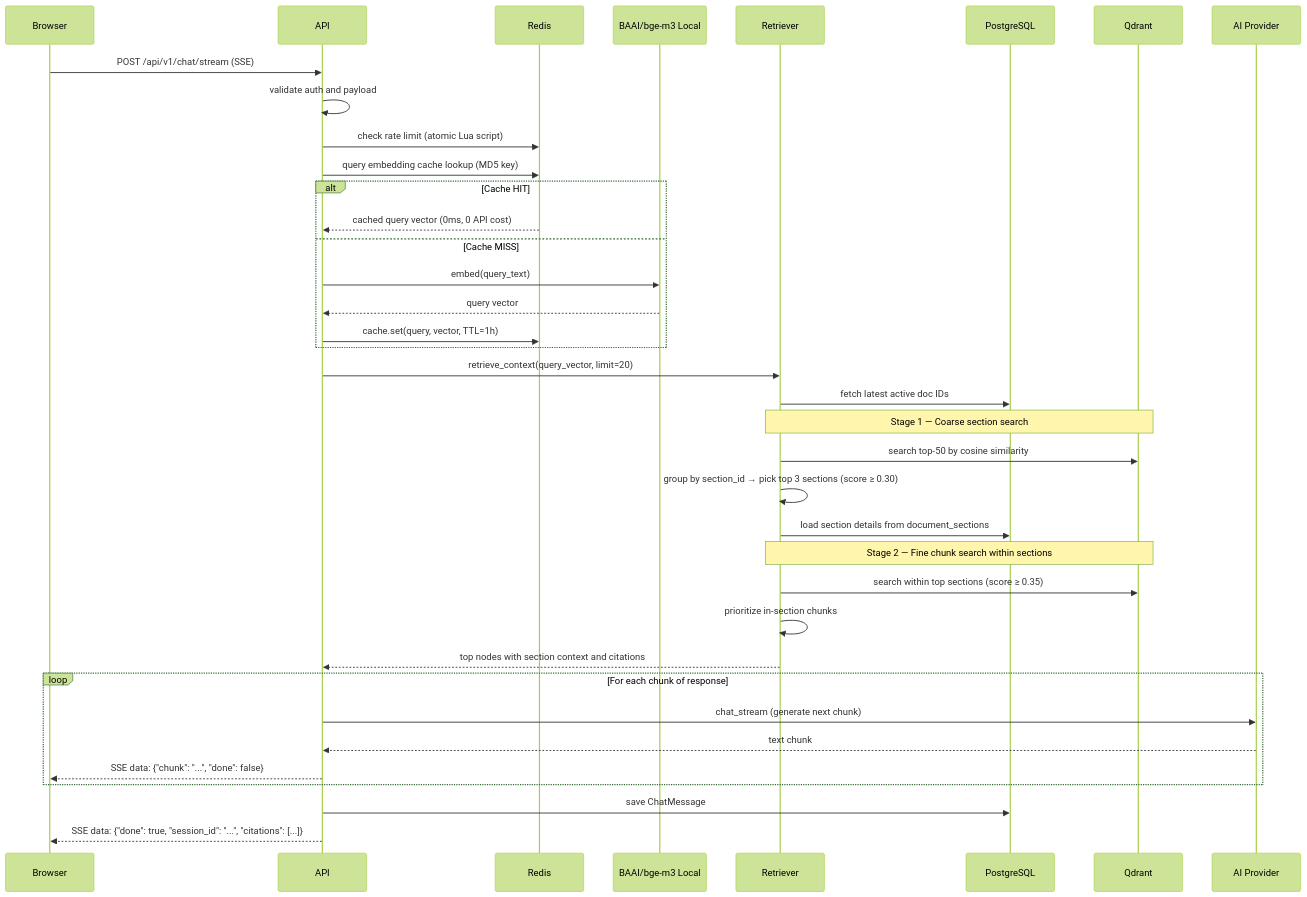
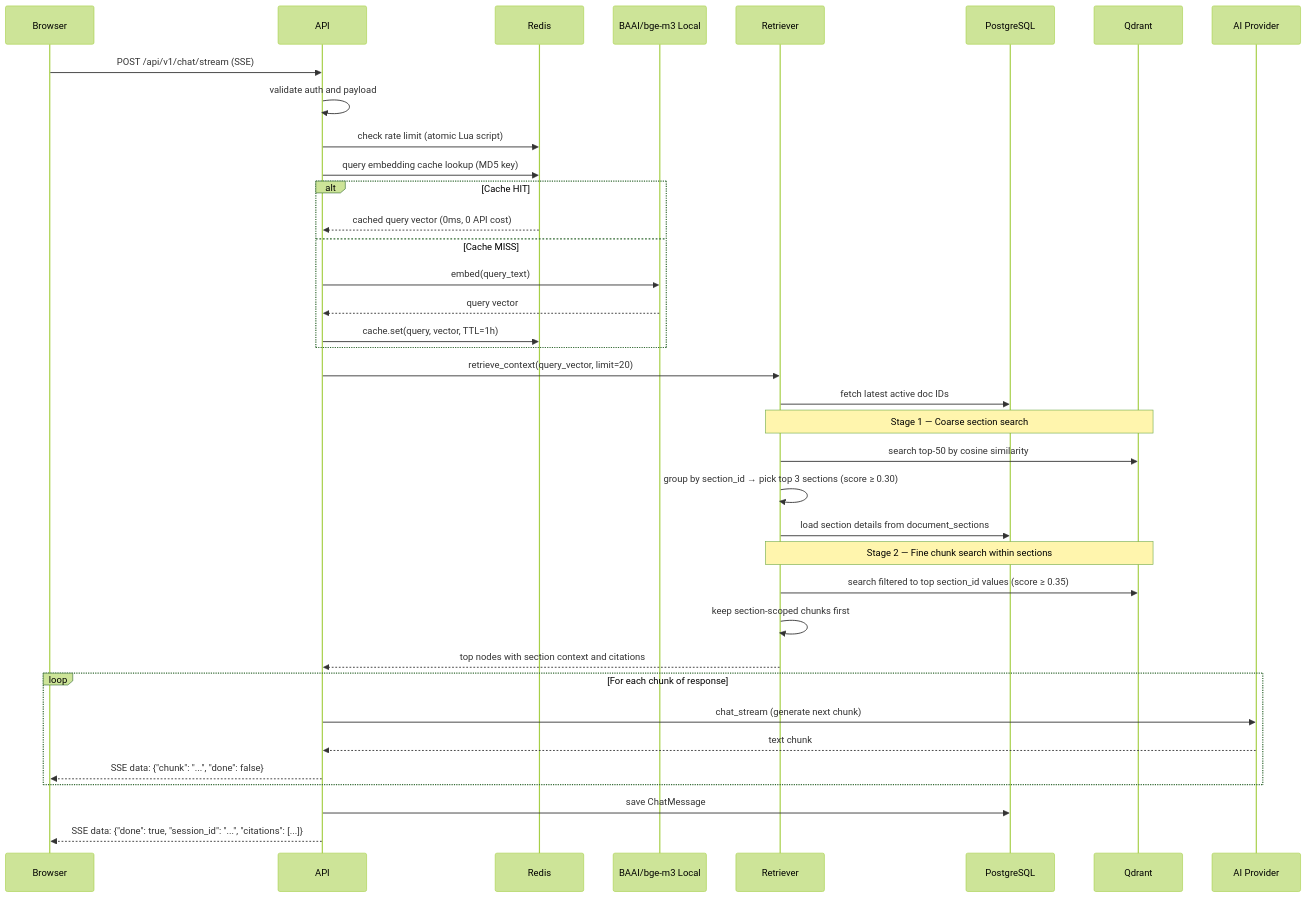
One commit to qtuanph/chatbot-rag changed the second of 4 diagrams in docs/03_CORE_WORKFLOWS.md. Above: the diagram before and after it, drawn with Mermaid (forest theme). The commit also changed other lines of this file and 18 other files, not shown here.

````diff
--- a/docs/03_CORE_WORKFLOWS.md
+++ b/docs/03_CORE_WORKFLOWS.md
@@ -78,41 +80,41 @@
 ```mermaid
 sequenceDiagram
     participant Browser
     participant API
     participant Redis
     participant Embedder as BAAI/bge-m3 Local
     participant Retriever
     participant DB as PostgreSQL
     participant Qdrant
     participant Provider as AI Provider
 
     Browser->>API: POST /api/v1/chat/stream (SSE)
     API->>API: validate auth and payload
     API->>Redis: check rate limit (atomic Lua script)
     API->>Redis: query embedding cache lookup (MD5 key)
     alt Cache HIT
         Redis-->>API: cached query vector (0ms, 0 API cost)
     else Cache MISS
         API->>Embedder: embed(query_text)
         Embedder-->>API: query vector
         API->>Redis: cache.set(query, vector, TTL=1h)
     end
     API->>Retriever: retrieve_context(query_vector, limit=20)
     Retriever->>DB: fetch latest active doc IDs
     Note over Retriever,Qdrant: Stage 1 — Coarse section search
     Retriever->>Qdrant: search top-50 by cosine similarity
     Retriever->>Retriever: group by section_id → pick top 3 sections (score ≥ 0.30)
     Retriever->>DB: load section details from document_sections
     Note over Retriever,Qdrant: Stage 2 — Fine chunk search within sections
-    Retriever->>Qdrant: search within top sections (score ≥ 0.35)
-    Retriever->>Retriever: prioritize in-section chunks
+    Retriever->>Qdrant: search filtered to top section_id values (score ≥ 0.35)
+    Retriever->>Retriever: keep section-scoped chunks first
     Retriever-->>API: top nodes with section context and citations
 
     loop For each chunk of response
         API->>Provider: chat_stream (generate next chunk)
         Provider-->>API: text chunk
         API-->>Browser: SSE data: {"chunk": "...", "done": false}
     end
     API->>DB: save ChatMessage
     API-->>Browser: SSE data: {"done": true, "session_id": "...", "citations": [...]}
 ```
````
